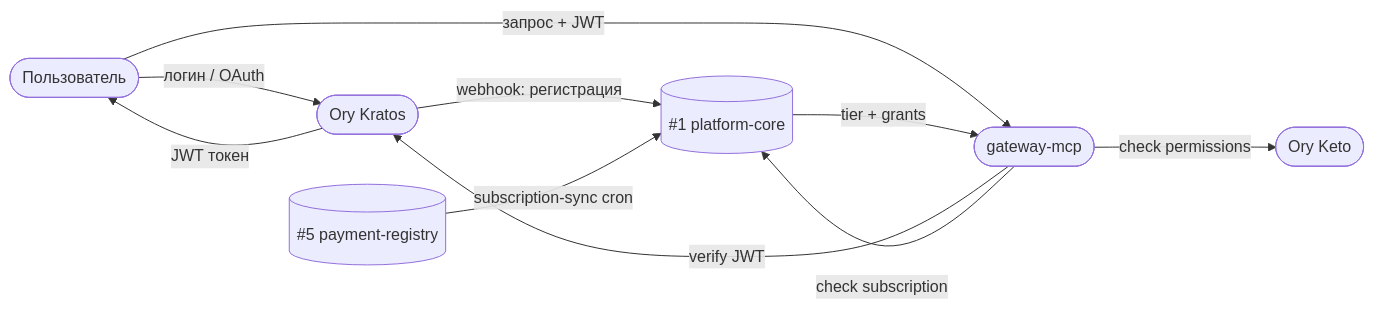
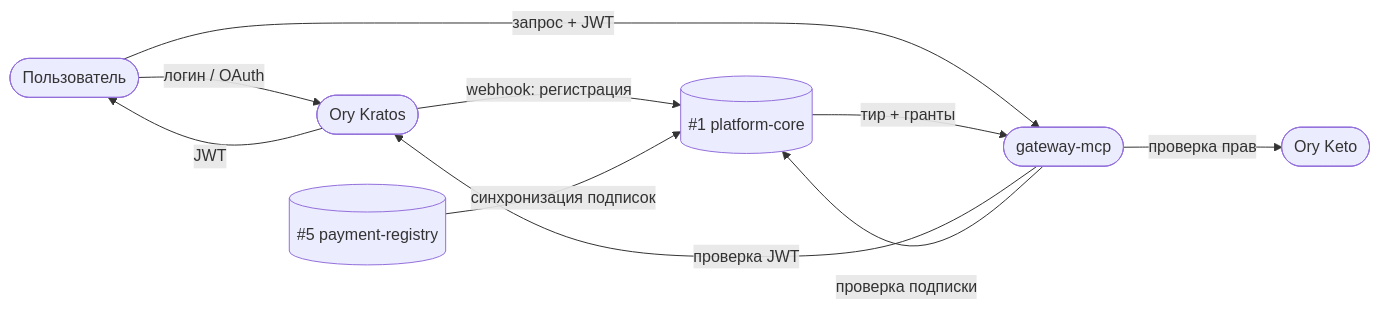
The second of 12 diagrams in pack/digital-platform/02-domain-entities/DP.ARCH.004-neon-data-architecture.md (TserenTserenov/PACK-digital-platform), drawn with Mermaid before and after one commit. The commit also changed other lines of this file, not shown here.

First line of the commit message:
fix(DP.ARCH.004): исправить диаграммы §4.0-4.5

````diff
--- a/pack/digital-platform/02-domain-entities/DP.ARCH.004-neon-data-architecture.md
+++ b/pack/digital-platform/02-domain-entities/DP.ARCH.004-neon-data-architecture.md
@@ -339,19 +347,19 @@
 ```mermaid
 graph LR
     User([Пользователь])
     Ory([Ory Kratos])
     Keto([Ory Keto])
     GW([gateway-mcp])
     PC[(#1 platform-core)]
     PR[(#5 payment-registry)]
 
     User -->|"логин / OAuth"| Ory
-    Ory  -->|"JWT токен"| User
+    Ory  -->|"JWT"| User
     Ory  -->|"webhook: регистрация"| PC
     User -->|"запрос + JWT"| GW
-    GW   -->|"verify JWT"| Ory
-    GW   -->|"check permissions"| Keto
-    GW   -->|"check subscription"| PC
-    PC   -->|"tier + grants"| GW
-    PR   -->|"subscription-sync cron"| PC
+    GW   -->|"проверка JWT"| Ory
+    GW   -->|"проверка прав"| Keto
+    GW   -->|"проверка подписки"| PC
+    PC   -->|"тир + гранты"| GW
+    PR   -->|"синхронизация подписок"| PC
 ```
````
